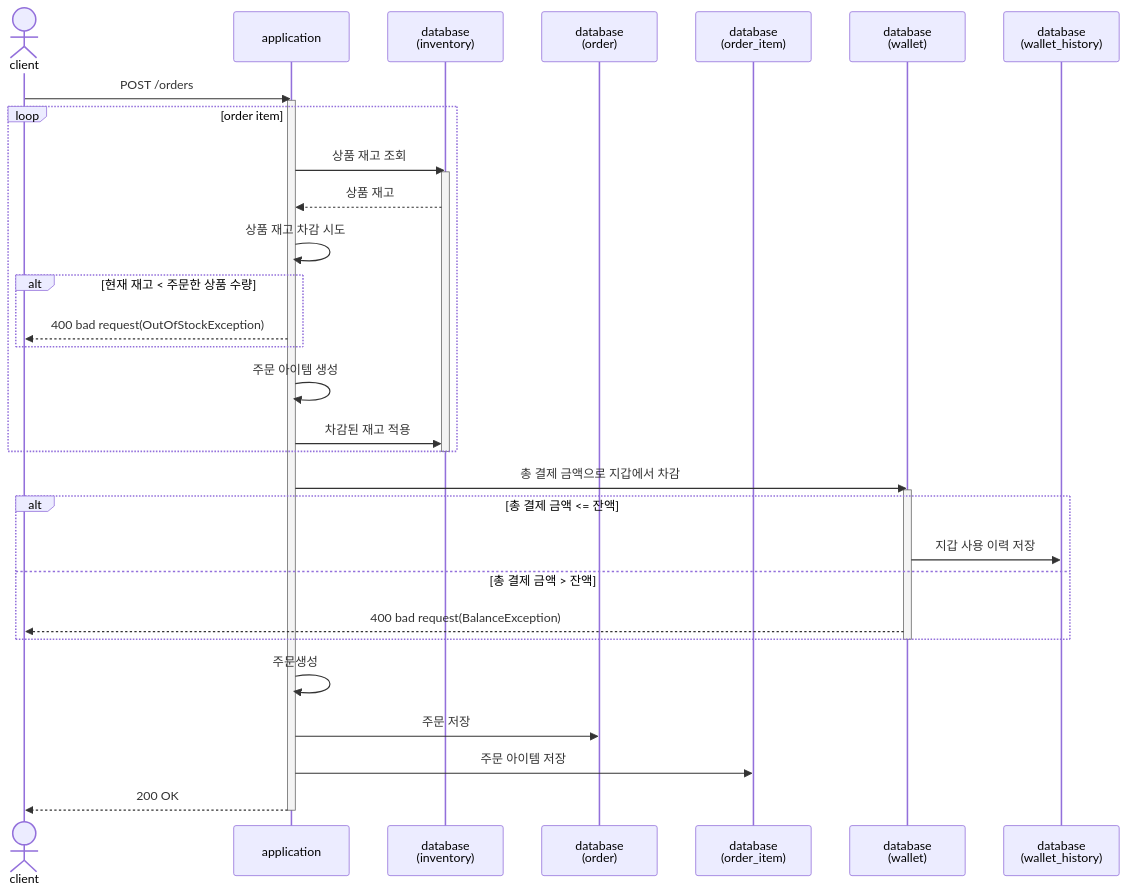
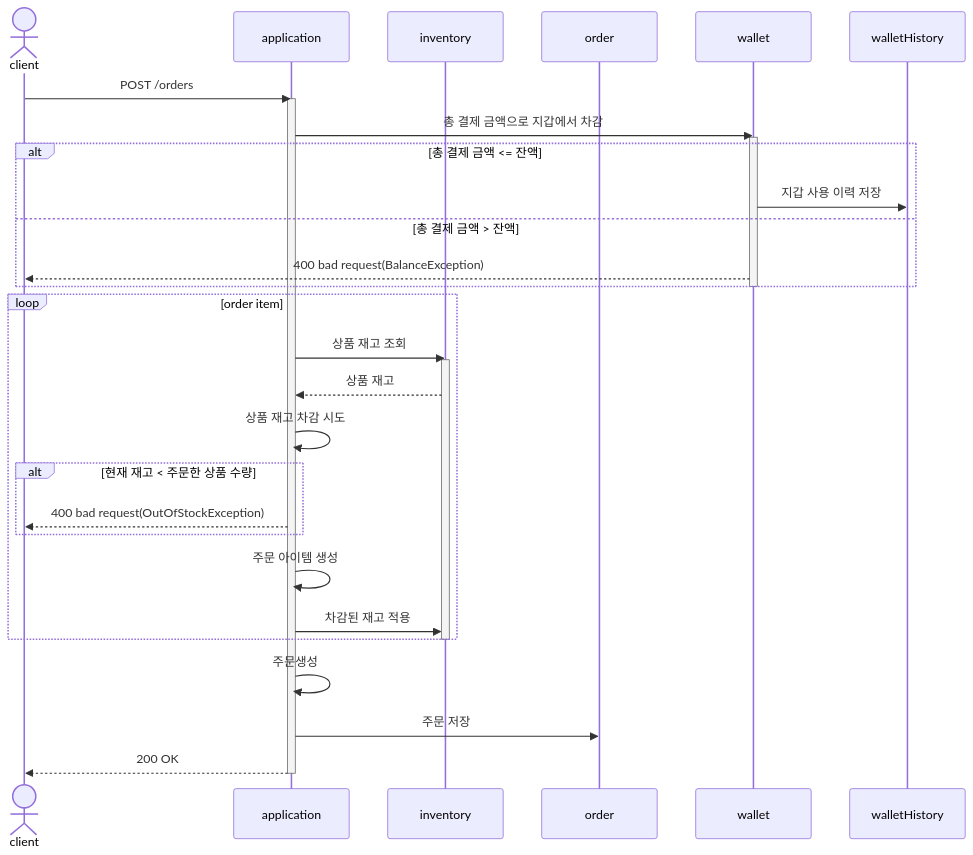
Before and after one commit to keepbang/hanghae-ecommerce: the third of 9 diagrams in README.md, drawn with Mermaid. The commit also changed other lines of this file and 53 other files, not shown here.

````diff
--- a/README.md
+++ b/README.md
@@ -227,43 +232,41 @@
   ```mermaid
   sequenceDiagram
     actor client
     participant app as application
-    participant inventory as database<br>(inventory)
-    participant order as database<br>(order)
-    participant orderItem as database<br>(order_item)
-    participant wallet as database<br>(wallet)
-    participant walletHistory as database<br>(wallet_history)
+    participant inventory
+    participant order
+    participant wallet
+    participant walletHistory
     client->>app: POST /orders
     activate app
+  
+    app->>wallet: 총 결제 금액으로 지갑에서 차감
+    activate wallet
+    alt 총 결제 금액 <= 잔액
+	    wallet->>walletHistory:지갑 사용 이력 저장
+	  else 총 결제 금액 > 잔액
+	    wallet-->>client:400 bad request(BalanceException)
+	  end
+    deactivate wallet
     
     loop order item
 	    app->>inventory:상품 재고 조회
       activate inventory
 	    inventory-->>app:상품 재고
 	    app->>app:상품 재고 차감 시도
 	    alt 현재 재고 < 주문한 상품 수량
 		    app-->>client:400 bad request(OutOfStockException)
 	    end
 	    app->>app:주문 아이템 생성
 	    app->>inventory:차감된 재고 적용
     end
     deactivate inventory
-    
-    app->>wallet: 총 결제 금액으로 지갑에서 차감
-    activate wallet
-    alt 총 결제 금액 <= 잔액
-	    wallet->>walletHistory:지갑 사용 이력 저장
-	  else 총 결제 금액 > 잔액
-	    wallet-->>client:400 bad request(BalanceException)
-	  end
-    deactivate wallet
 
 
     
     app->>app: 주문생성
     app->>order:주문 저장
-    app->>orderItem:주문 아이템 저장
     
     app-->>client: 200 OK
     deactivate app
   ```
````
